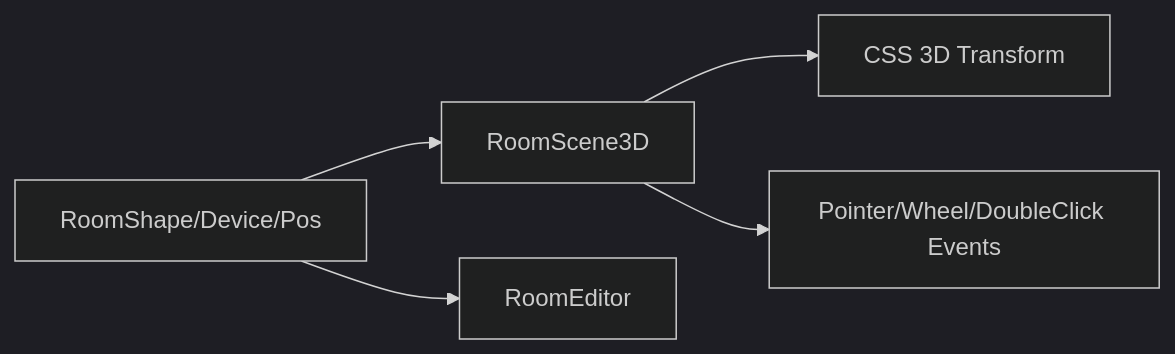
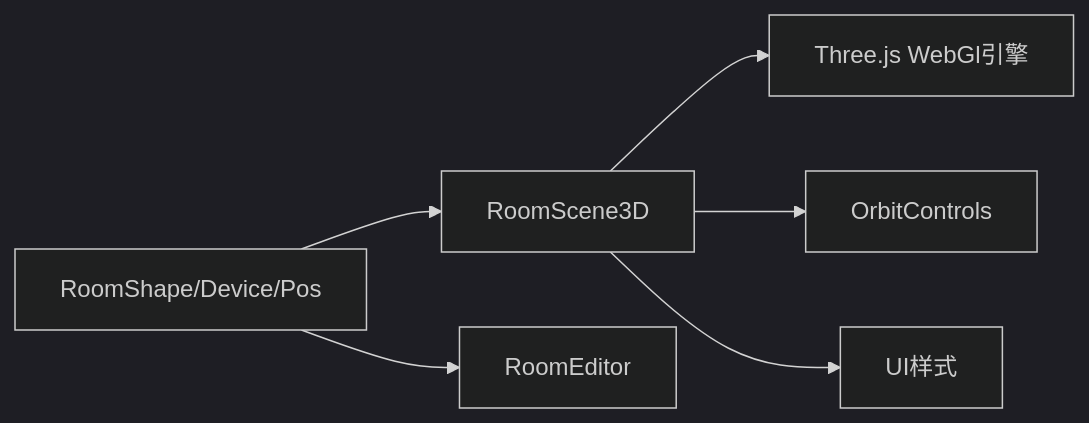
One commit to zh79325/opple-cloud-adapter changed the eighth of 8 diagrams in .qoder/repowiki/zh/content/Web控制台/3D空间建模.md. Above: the diagram before and after it, drawn with Mermaid (dark theme). The commit also changed other lines of this file and 30 other files, not shown here.

````diff
--- a/.qoder/repowiki/zh/content/Web控制台/3D空间建模.md
+++ b/.qoder/repowiki/zh/content/Web控制台/3D空间建模.md
@@ -312,7 +287,8 @@
 ```mermaid
 graph LR
 Data["RoomShape/Device/Pos"] --> Render["RoomScene3D"]
 Data --> Edit["RoomEditor"]
-Render --> CSS["CSS 3D Transform"]
-Render --> Events["Pointer/Wheel/DoubleClick Events"]
+Render --> ThreeJS["Three.js WebGl引擎"]
+Render --> Controls["OrbitControls"]
+Render --> CSS["UI样式"]
 ```
````
